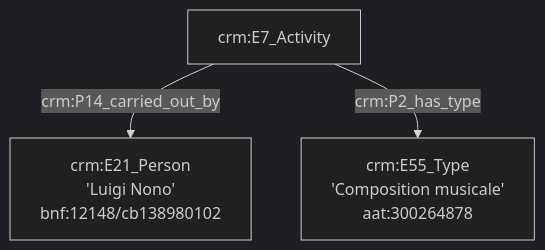
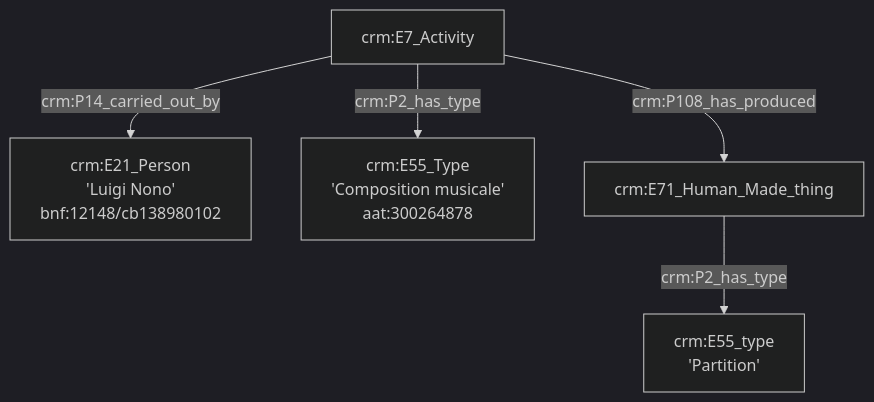
Before and after one commit to GusBraud/OntoMatchGameGus: the first of 5 diagrams in Exemple1.md, drawn with Mermaid (dark theme).

````diff
--- a/Exemple1.md
+++ b/Exemple1.md
@@ -3,7 +3,9 @@
 ```mermaid
 graph TD;
 
 A[crm:E7_Activity] --> |crm:P14_carried_out_by| B[crm:E21_Person<br>'Luigi Nono'<br>bnf:12148/cb138980102]
 A[crm:E7_Activity] --> |crm:P2_has_type| C[crm:E55_Type<br>'Composition musicale'<br>aat:300264878]
+A[crm:E7_Activity] --> |crm:P108_has_produced| D[crm:E71_Human_Made_thing]
+D[crm:E71_Human_Made_thing] --> |crm:P2_has_type| E[crm:E55_type<br>'Partition']
 
 ```
````
